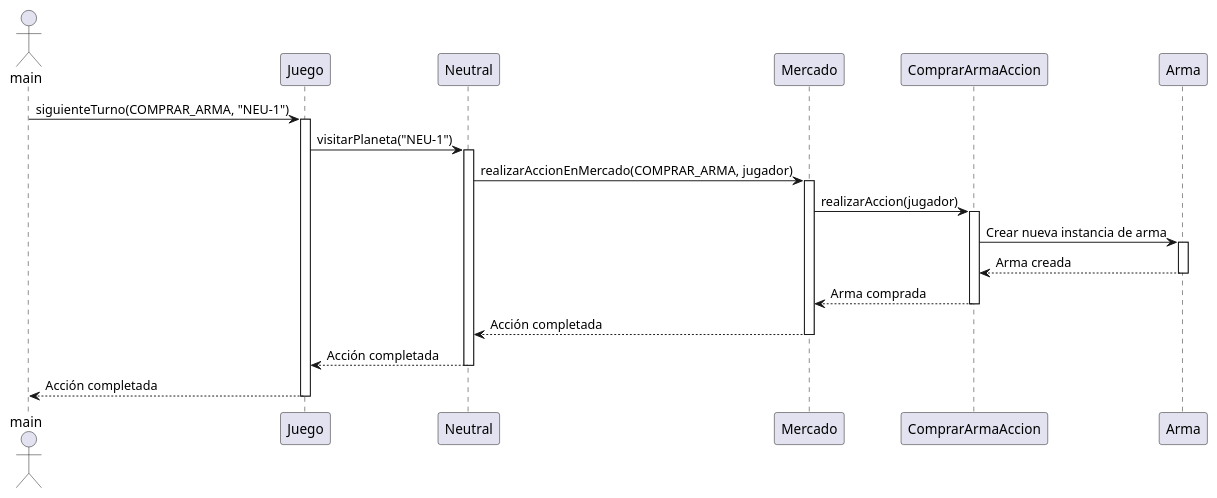
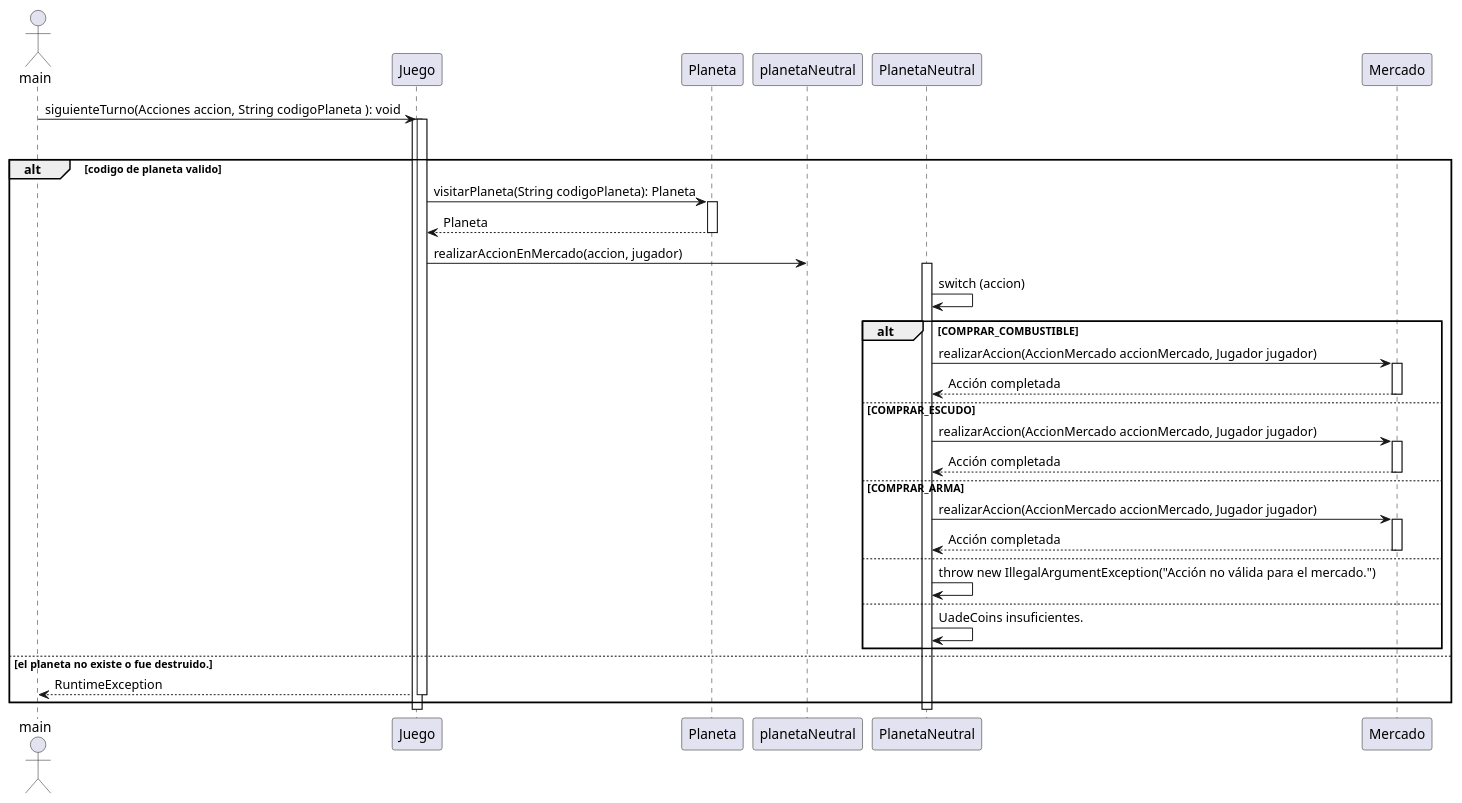
One commit to ianlio-git/LostGalaxy changed the diagram in src/main/java/org/example/Diagrams/TPO_SequenceDiagramMarketItem.puml. Above: the diagram before and after it, drawn with PlantUML. The commit also changed 12 other files, not shown here.

Commit message:
Diagramas de secuencia terminados y 2 fixes boludos

```diff
--- a/src/main/java/org/example/Diagrams/TPO_SequenceDiagramMarketItem.puml
+++ b/src/main/java/org/example/Diagrams/TPO_SequenceDiagramMarketItem.puml
@@ -1,28 +1,45 @@
 @startuml
 actor main
-participant Juego
-participant Neutral
-participant Mercado
-participant ComprarArmaAccion
-participant Arma
-main -> Juego: siguienteTurno(COMPRAR_ARMA, "NEU-1")
+
+main -> Juego: siguienteTurno(Acciones accion, String codigoPlaneta ): void
 activate Juego
-Juego -> Neutral: visitarPlaneta("NEU-1")
-activate Neutral
-Neutral -> Mercado: realizarAccionEnMercado(COMPRAR_ARMA, jugador)
-activate Mercado
-Mercado -> ComprarArmaAccion: realizarAccion(jugador)
-activate ComprarArmaAccion
-ComprarArmaAccion -> Arma: Crear nueva instancia de arma
-activate Arma
-Arma --> ComprarArmaAccion: Arma creada
-deactivate Arma
-ComprarArmaAccion --> Mercado: Arma comprada
-deactivate ComprarArmaAccion
-Mercado --> Neutral: Acción completada
-deactivate Mercado
-Neutral --> Juego: Acción completada
-deactivate Neutral
-Juego --> main: Acción completada
+    loop busca planeta segun codigo
+        alt codigo de planeta valido
+            activate Juego
+                Juego -> Planeta: visitarPlaneta(String codigoPlaneta): Planeta
+            activate Planeta
+                Planeta --> Juego: Planeta
+            deactivate Planeta
+
+Juego -> planetaNeutral : realizarAccionEnMercado(accion, jugador)
+activate PlanetaNeutral
+
+PlanetaNeutral -> PlanetaNeutral : switch (accion)
+alt COMPRAR_COMBUSTIBLE
+    PlanetaNeutral -> Mercado : realizarAccion(AccionMercado accionMercado, Jugador jugador)
+    activate Mercado
+    Mercado --> PlanetaNeutral: Acción completada
+    deactivate Mercado
+else COMPRAR_ESCUDO
+    PlanetaNeutral -> Mercado : realizarAccion(AccionMercado accionMercado, Jugador jugador)
+    activate Mercado
+    Mercado --> PlanetaNeutral: Acción completada
+    deactivate Mercado
+else COMPRAR_ARMA
+    PlanetaNeutral -> Mercado : realizarAccion(AccionMercado accionMercado, Jugador jugador)
+    activate Mercado
+    Mercado --> PlanetaNeutral: Acción completada
+    deactivate Mercado
+else
+    PlanetaNeutral -> PlanetaNeutral : throw new IllegalArgumentException("Acción no válida para el mercado.")
+else
+    PlanetaNeutral -> PlanetaNeutral : UadeCoins insuficientes.
+end
+      else el planeta no existe o fue destruido.
+                Juego --> main : RuntimeException
+            deactivate Juego
+end
+
+deactivate PlanetaNeutral
 deactivate Juego
 @enduml
```
